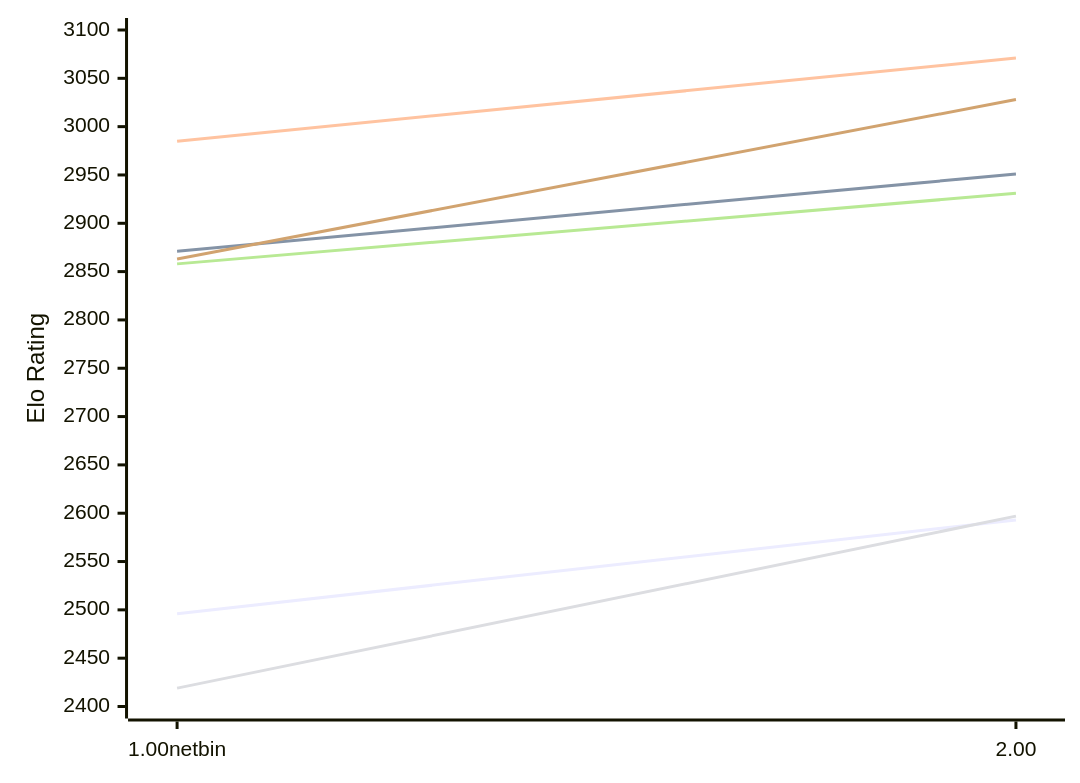
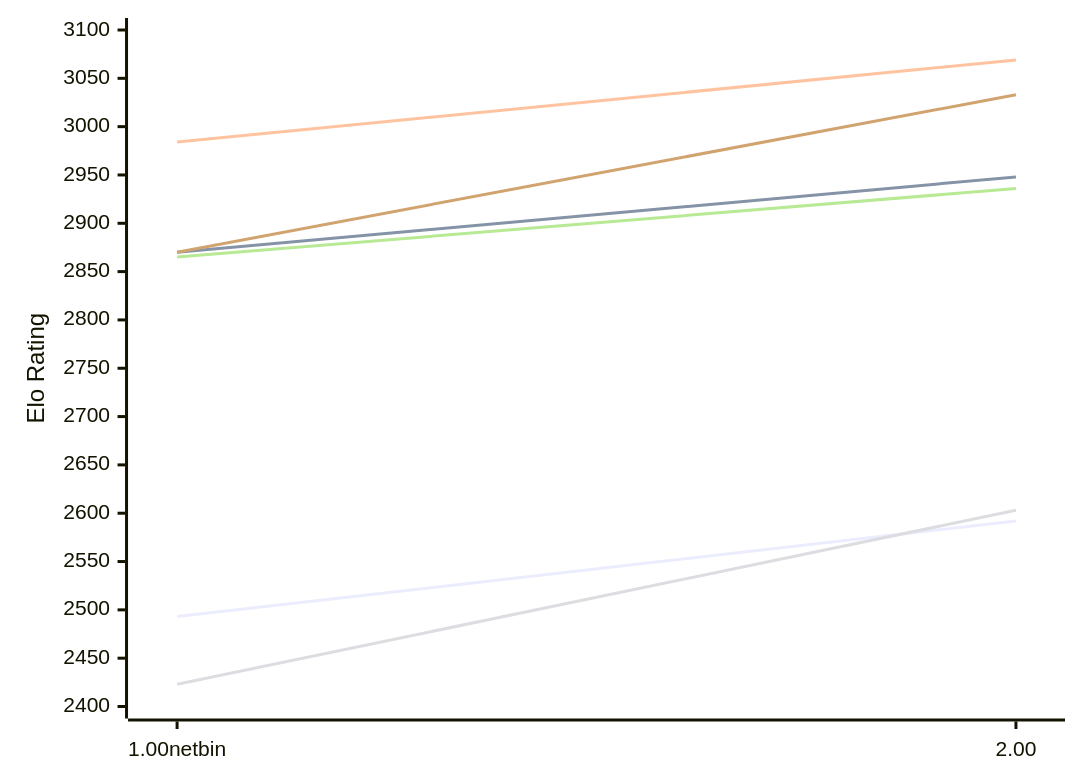
Before and after one commit to computer-chess-index/cci: the first of 2 diagrams in engines/Gilipol.md, drawn with Mermaid. The commit also changed other lines of this file, not shown here.

Commit message:
Update CCI Ratings (ELO VLTC) - 2026-11-23

````diff
--- a/engines/Gilipol.md
+++ b/engines/Gilipol.md
@@ -51,12 +51,12 @@
 ```mermaid
 %%{init: {"theme":"base","themeVariables":{"seriesColors:['#a3a3a3','#222221','#faa371']}}}%%
 xychart-beta
   x-axis ["1.00netbin", "2.00"]
   y-axis "Elo Rating" 2400 --> 3100
-  line "E1: STC (8.0+0.08s)" [2496, 2593]
-  line "E1: LTC (60.0+0.60s)" [2871, 2951]
-  line "E1: VLTC (2m24s+1.12s)" [2985, 3071]
-  line "P1: STC (8.0+0.08s)" [2419, 2597]
-  line "P1: LTC (60.0+0.60s)" [2858, 2931]
-  line "P1: VLTC (2m24s+1.12s)" [2863, 3028]
+  line "E1: STC (8.0+0.08s)" [2493, 2592]
+  line "E1: LTC (60.0+0.60s)" [2870, 2948]
+  line "E1: VLTC (2m24s+1.12s)" [2984, 3069]
+  line "P1: STC (8.0+0.08s)" [2423, 2603]
+  line "P1: LTC (60.0+0.60s)" [2865, 2936]
+  line "P1: VLTC (2m24s+1.12s)" [2870, 3033]
 ```
````
